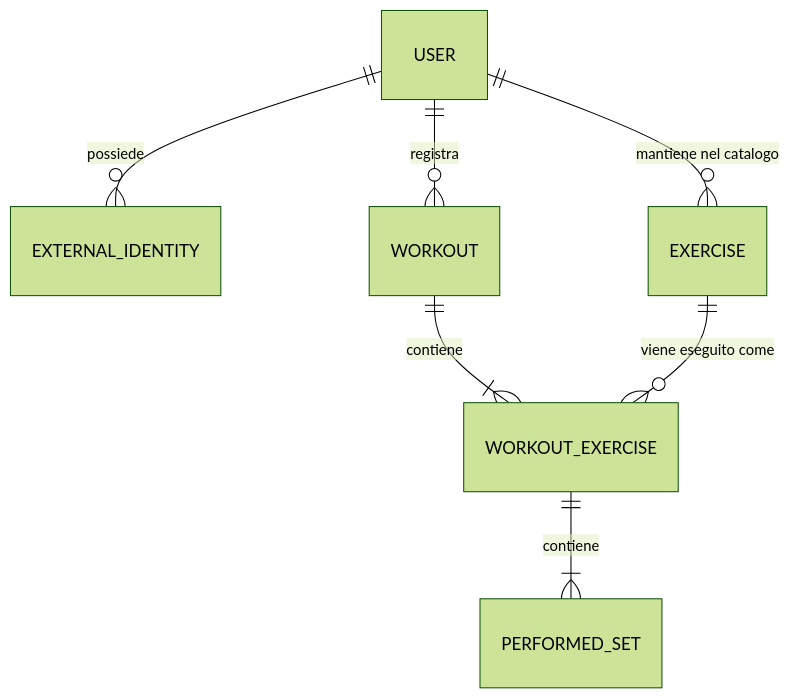
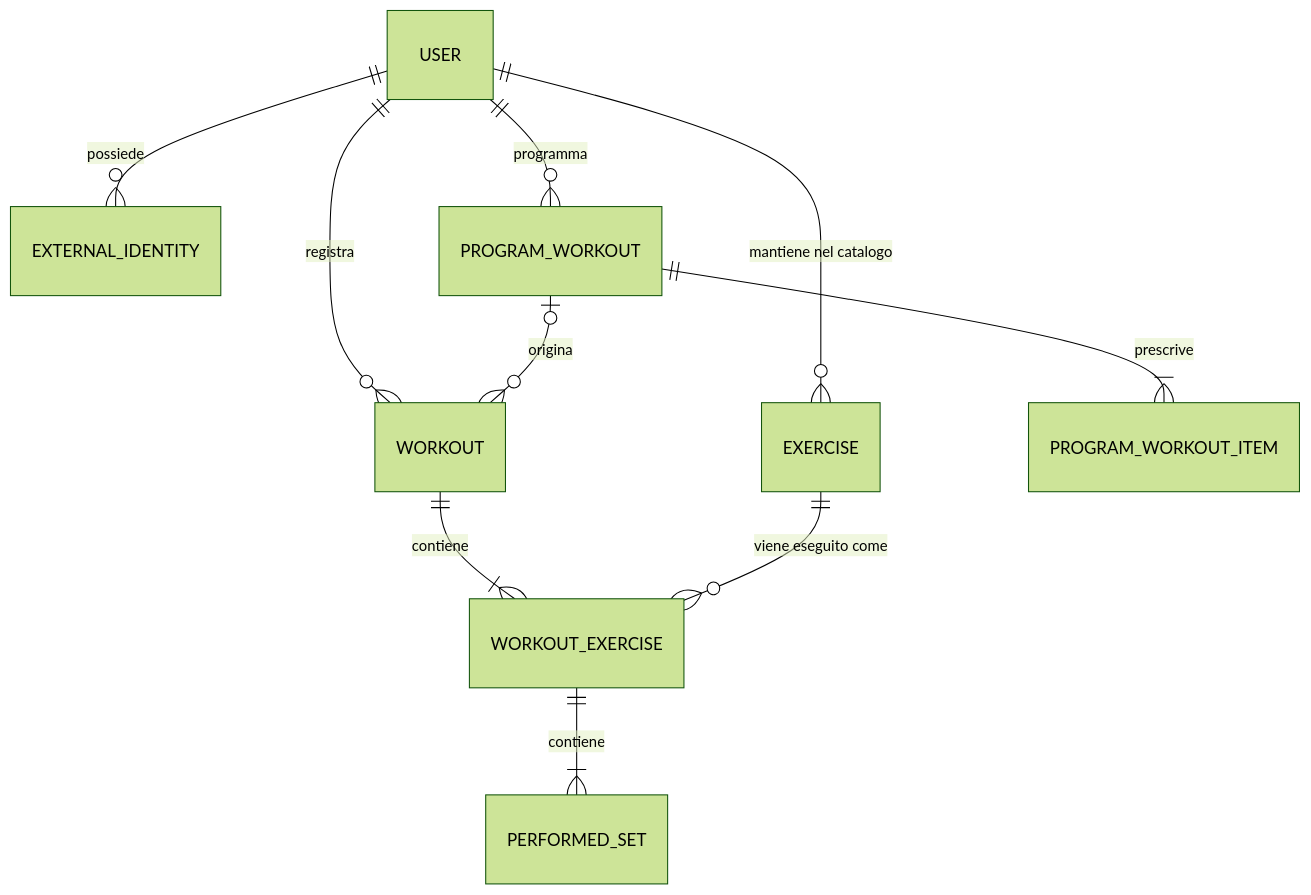
The diagram in docs/database.md (denkerito/Jim-007), drawn with Mermaid (forest theme) before and after one commit. The commit also changed other lines of this file and 26 other files, not shown here.

````diff
--- a/docs/database.md
+++ b/docs/database.md
@@ -59,9 +59,12 @@
 ```mermaid
 erDiagram
     USER ||--o{ EXTERNAL_IDENTITY : "possiede"
     USER ||--o{ EXERCISE : "mantiene nel catalogo"
     USER ||--o{ WORKOUT : "registra"
+    USER ||--o{ PROGRAM_WORKOUT : "programma"
+    PROGRAM_WORKOUT ||--|{ PROGRAM_WORKOUT_ITEM : "prescrive"
+    PROGRAM_WORKOUT o|--o{ WORKOUT : "origina"
     WORKOUT ||--|{ WORKOUT_EXERCISE : "contiene"
     EXERCISE ||--o{ WORKOUT_EXERCISE : "viene eseguito come"
     WORKOUT_EXERCISE ||--|{ PERFORMED_SET : "contiene"
 ```
````
